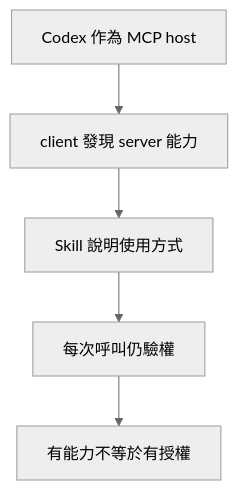
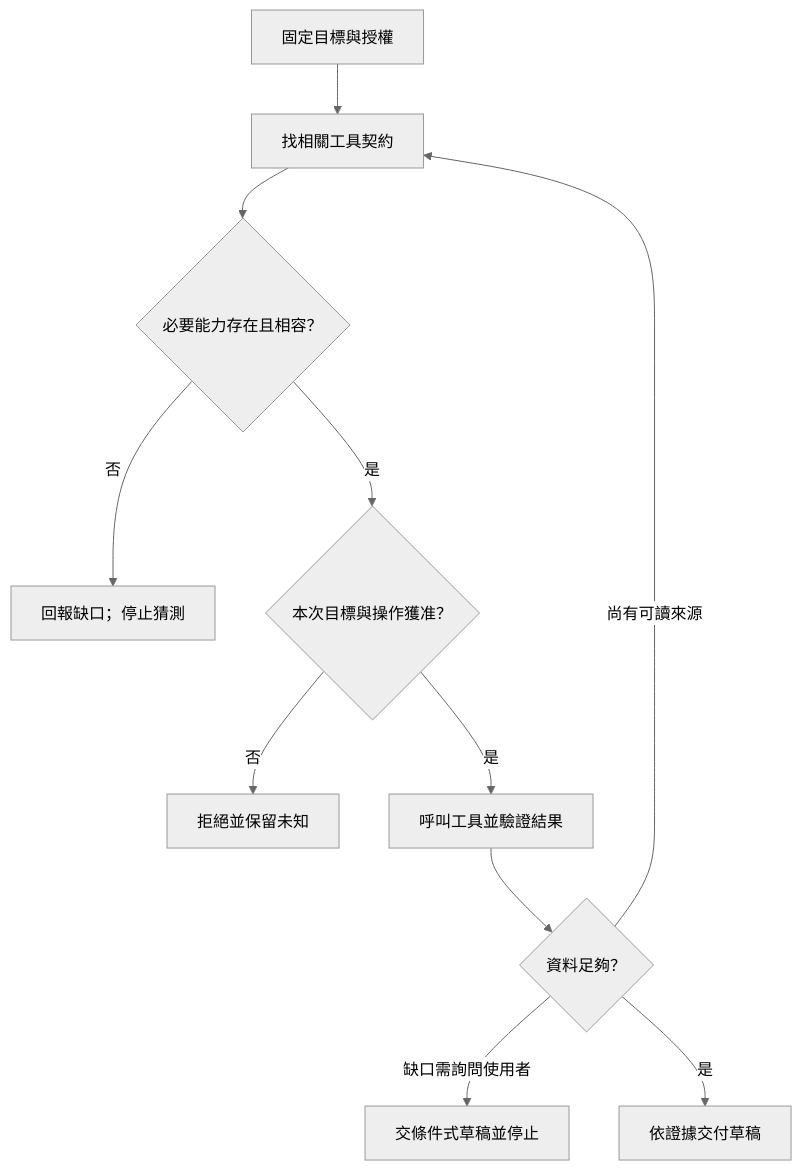
The diagram in chapters/protocols/09-mcp-skills-and-discovery/lesson.md (easyvibecoding/Agent-Engineering), drawn with Mermaid (neutral theme) before and after one commit. The commit also changed other lines of this file and 138 other files, not shown here.

````diff
--- a/chapters/protocols/09-mcp-skills-and-discovery/lesson.md
+++ b/chapters/protocols/09-mcp-skills-and-discovery/lesson.md
@@ -62,12 +107,13 @@
 ```mermaid
 flowchart TD
-    A["Codex 作為 MCP host"]
-    B["client 發現 server 能力"]
-    C["Skill 說明使用方式"]
-    D["每次呼叫仍驗權"]
-    E["有能力不等於有授權"]
-    A --> B
-    B --> C
-    C --> D
-    D --> E
+    A[固定目標與授權] --> B[找相關工具契約]
+    B --> C{必要能力存在且相容？}
+    C -- 否 --> X[回報缺口；停止猜測]
+    C -- 是 --> D{本次目標與操作獲准？}
+    D -- 否 --> Y[拒絕並保留未知]
+    D -- 是 --> E[呼叫工具並驗證結果]
+    E --> F{資料足夠？}
+    F -- 尚有可讀來源 --> B
+    F -- 缺口需詢問使用者 --> G[交條件式草稿並停止]
+    F -- 是 --> H[依證據交付草稿]
 ```
````
